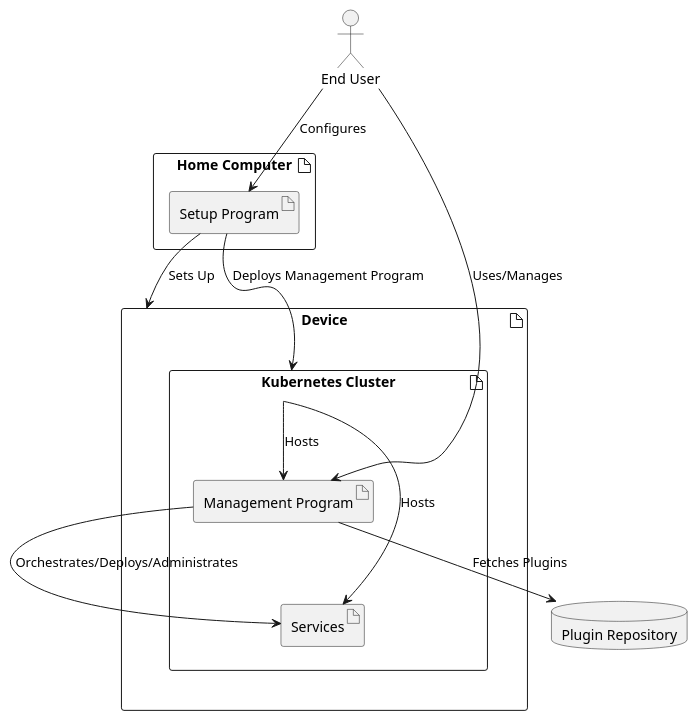
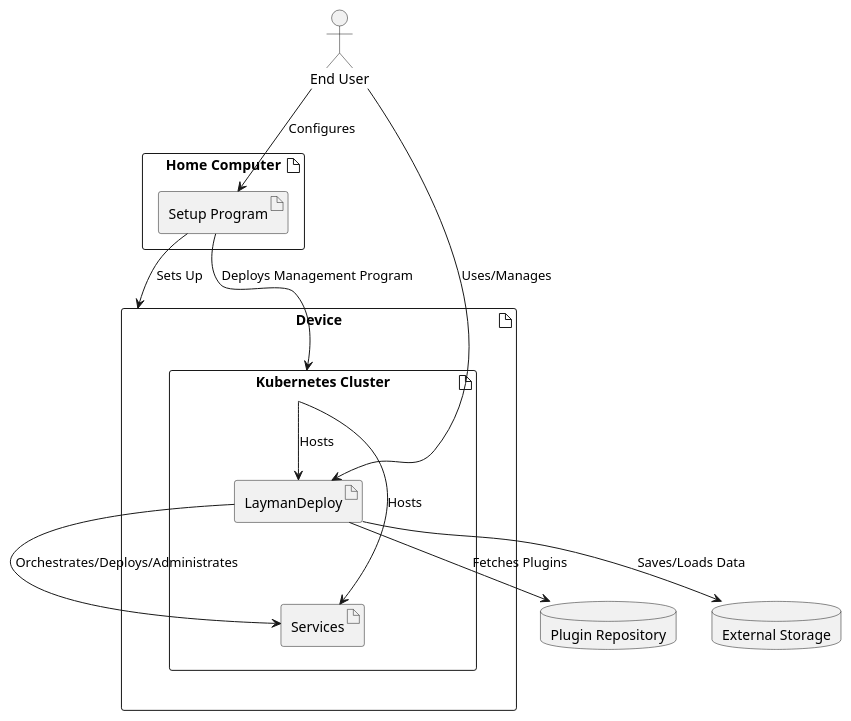
The diagram in arc42-template-EN-plain-gitHubMarkdown/business-context.puml (jdmmnn/LaymanDeploy), drawn with PlantUML before and after one commit. The commit also changed 5 other files, not shown here.

```diff
--- a/arc42-template-EN-plain-gitHubMarkdown/business-context.puml
+++ b/arc42-template-EN-plain-gitHubMarkdown/business-context.puml
@@ -1,24 +1,26 @@
 @startuml
 
 actor EndUser as "End User"
 artifact HomeComputer as "Home Computer" {
     artifact SetupProgram as "Setup Program"
 }
 database PluginRepository as "Plugin Repository"
+database ExternalStorage as "External Storage"
 artifact Device as "Device" {
     artifact KubernetesCluster as "Kubernetes Cluster" {
-        artifact ManagementProgram as "Management Program"
+        artifact ManagementProgram as "LaymanDeploy"
         artifact Services as "Services"
 
     }
 }
 
 EndUser --> SetupProgram : Configures
 SetupProgram --> Device : Sets Up
 SetupProgram --> KubernetesCluster : Deploys Management Program
 EndUser --> ManagementProgram : Uses/Manages
 ManagementProgram --> PluginRepository : Fetches Plugins
+ManagementProgram --> ExternalStorage : Saves/Loads Data
 ManagementProgram --> Services : Orchestrates/Deploys/Administrates
 KubernetesCluster --> ManagementProgram : Hosts
 KubernetesCluster --> Services : Hosts
 @enduml
```
